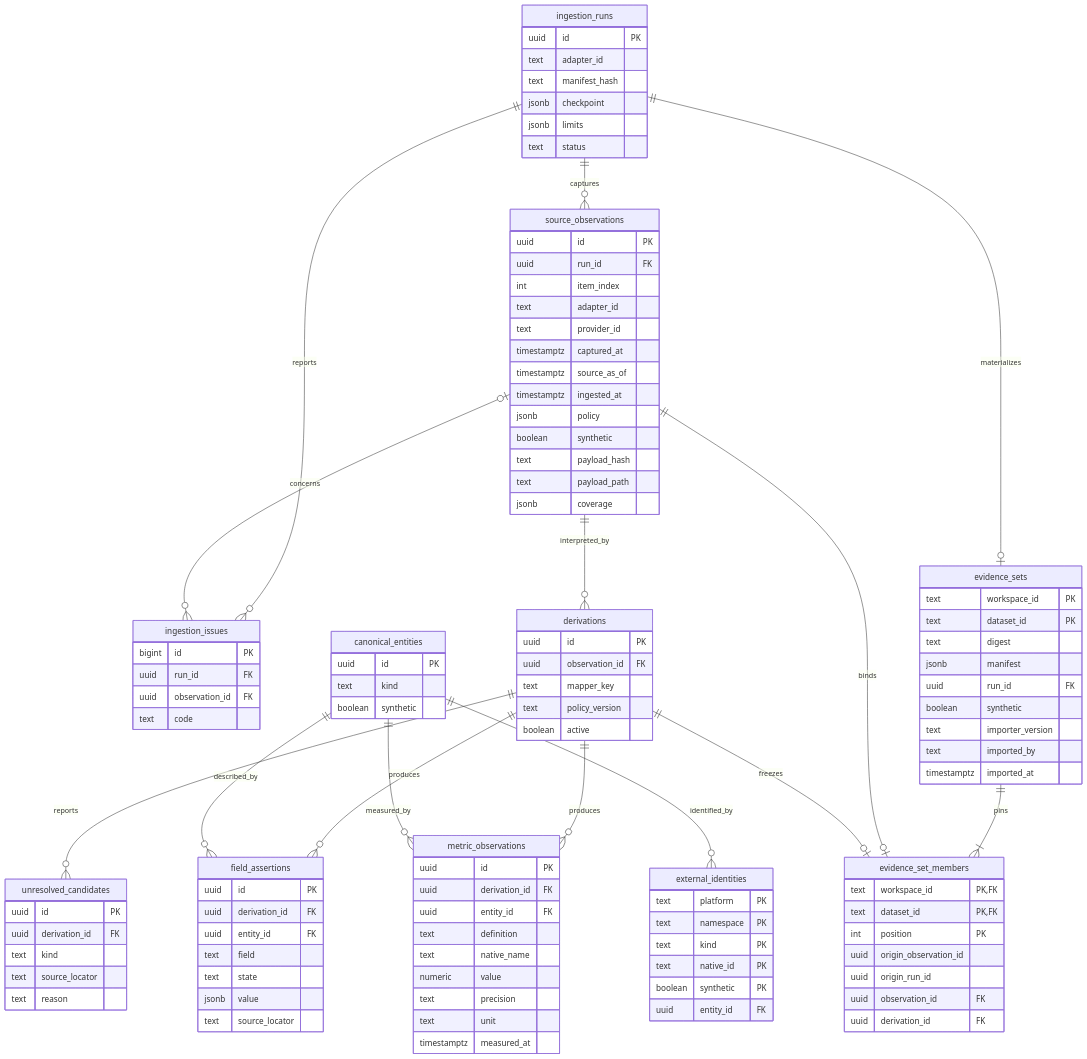
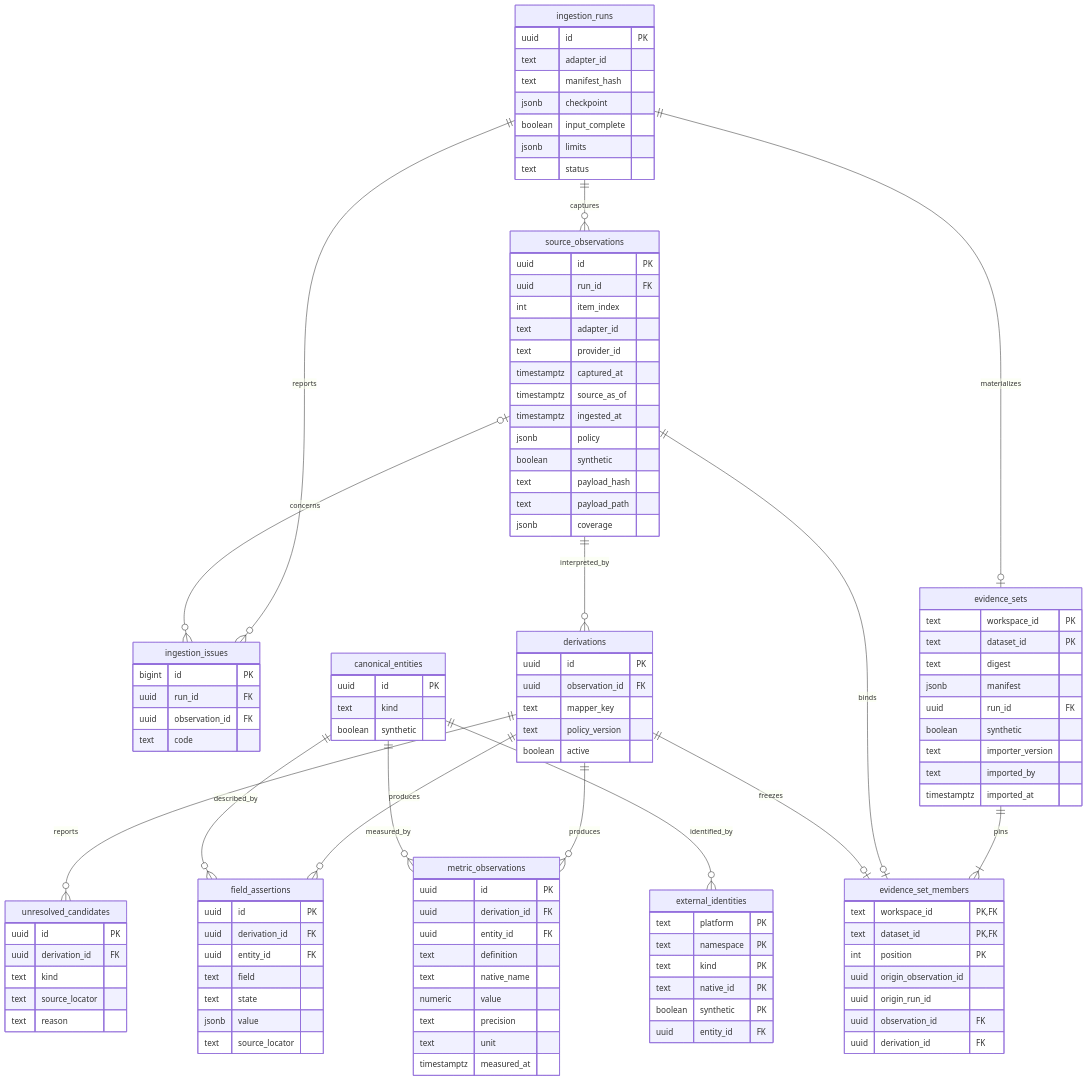
The first of 6 diagrams in docs/data-model.md (jinroylee/social-marketing-intelligence), drawn with Mermaid before and after one commit. The commit also changed 5 other files, not shown here.

```diff
--- a/docs/data-model.md
+++ b/docs/data-model.md
@@ -26,6 +26,7 @@
         text adapter_id
         text manifest_hash
         jsonb checkpoint
+        boolean input_complete
         jsonb limits
         text status
     }
```
